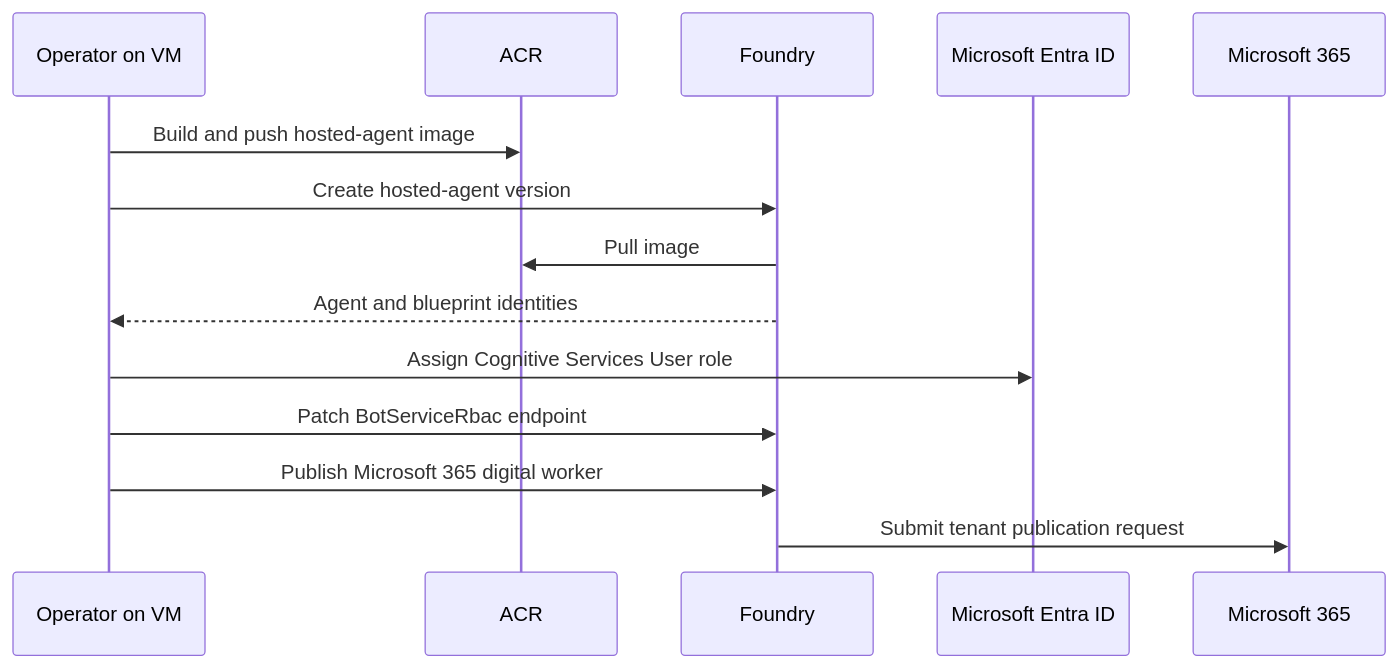
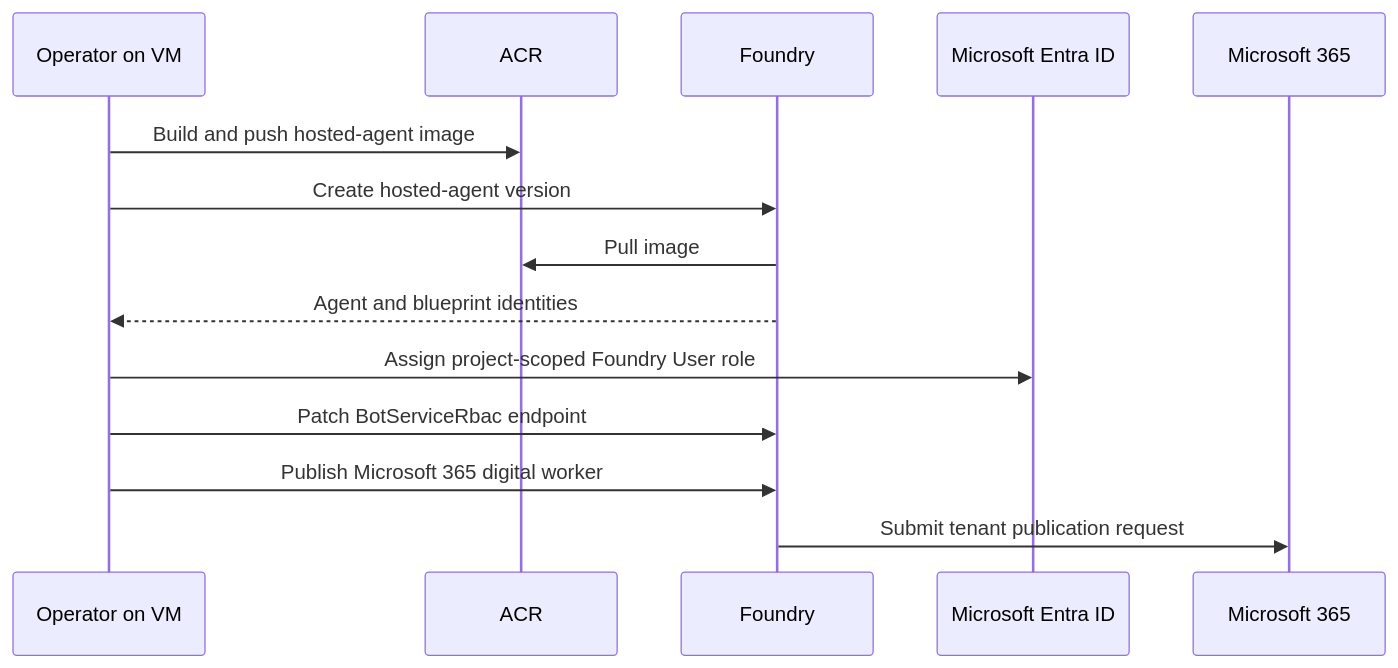
Before and after one commit to abdulmjedalamri1-beep/foundry-samples: diagram 11 of 12 in samples/python/foundry-autopilot-agent/private-network-architecture-readme.md, drawn with Mermaid. The commit also changed other lines of this file and 11 other files, not shown here.

````diff
--- a/samples/python/foundry-autopilot-agent/private-network-architecture-readme.md
+++ b/samples/python/foundry-autopilot-agent/private-network-architecture-readme.md
@@ -361,17 +361,17 @@
 ```mermaid
 sequenceDiagram
     participant Operator as Operator on VM
     participant ACR
     participant Foundry
     participant Entra as Microsoft Entra ID
     participant M365 as Microsoft 365
 
     Operator->>ACR: Build and push hosted-agent image
     Operator->>Foundry: Create hosted-agent version
     Foundry->>ACR: Pull image
     Foundry-->>Operator: Agent and blueprint identities
-    Operator->>Entra: Assign Cognitive Services User role
+    Operator->>Entra: Assign project-scoped Foundry User role
     Operator->>Foundry: Patch BotServiceRbac endpoint
     Operator->>Foundry: Publish Microsoft 365 digital worker
     Foundry->>M365: Submit tenant publication request
 ```
````
